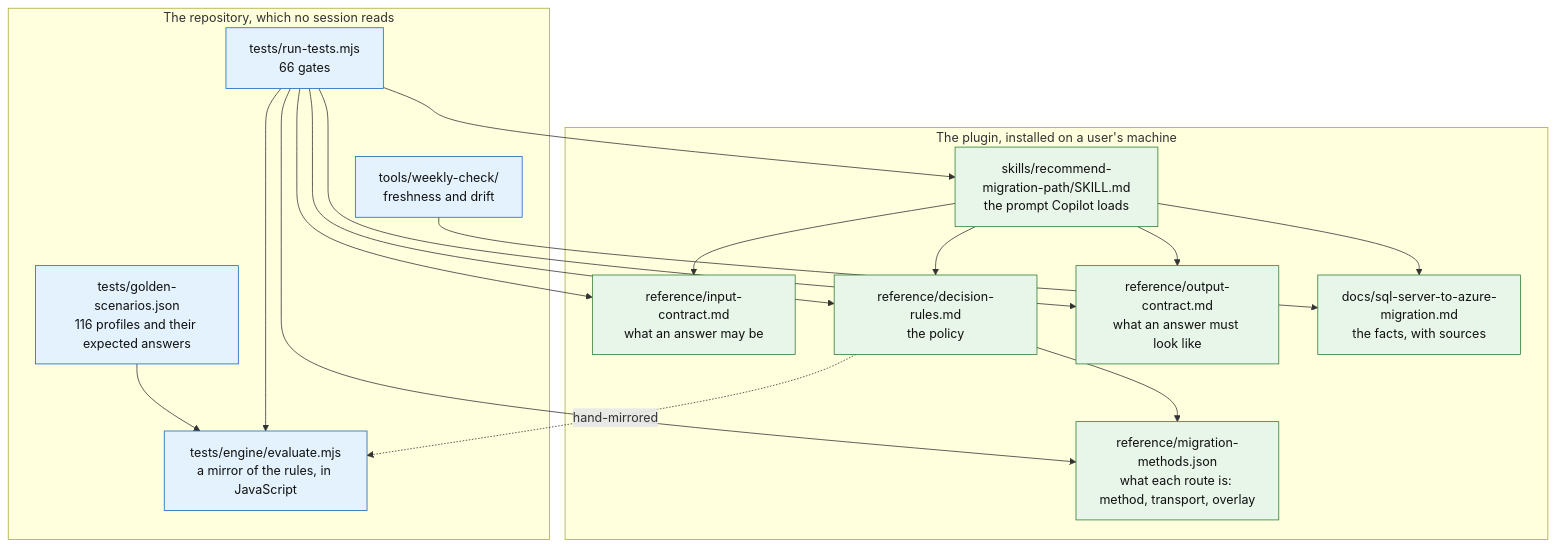
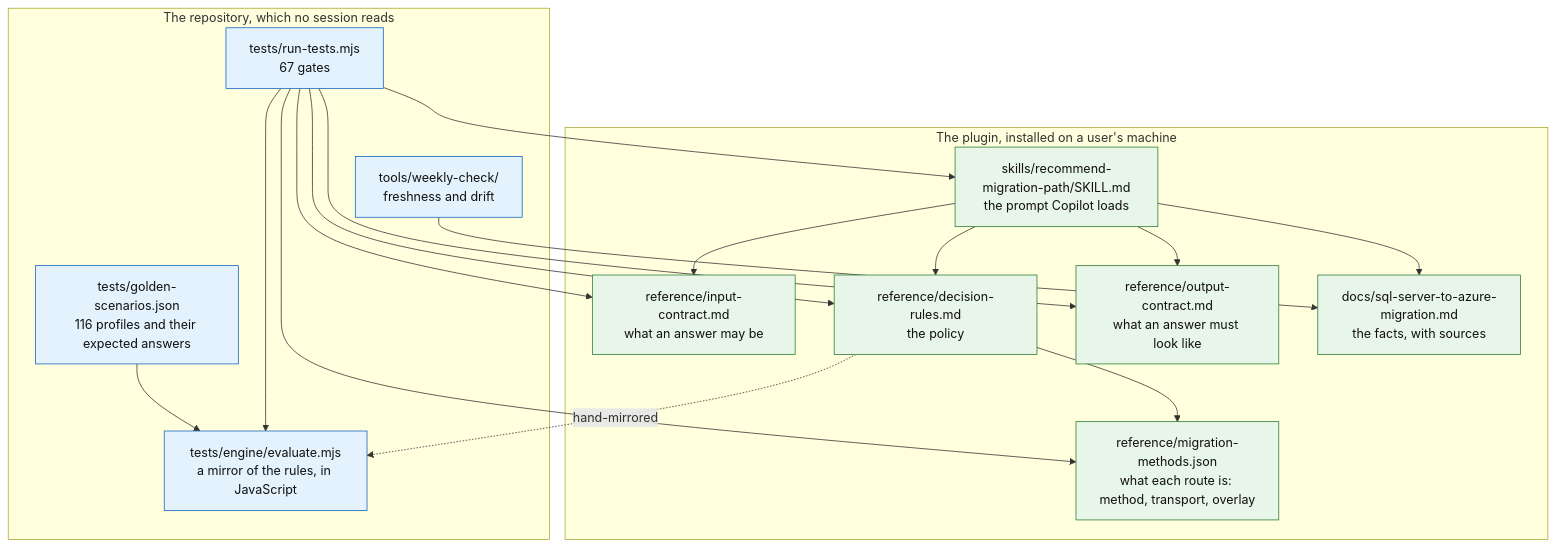
One commit to fredgis/sql-migration-advisor changed the first of 3 diagrams in docs/ARCHITECTURE.md. Above: the diagram before and after it, drawn with Mermaid. The commit also changed other lines of this file and 15 other files, not shown here.

````diff
--- a/docs/ARCHITECTURE.md
+++ b/docs/ARCHITECTURE.md
@@ -28,38 +28,38 @@
 ```mermaid
 flowchart TD
     subgraph plugin["The plugin, installed on a user's machine"]
       SK["skills/recommend-migration-path/SKILL.md<br/>the prompt Copilot loads"]
       IC["reference/input-contract.md<br/>what an answer may be"]
       DR["reference/decision-rules.md<br/>the policy"]
       OC["reference/output-contract.md<br/>what an answer must look like"]
       MM["reference/migration-methods.json<br/>what each route is: method, transport, overlay"]
       KB["docs/sql-server-to-azure-migration.md<br/>the facts, with sources"]
     end
 
     subgraph repo["The repository, which no session reads"]
       EN["tests/engine/evaluate.mjs<br/>a mirror of the rules, in JavaScript"]
       GS["tests/golden-scenarios.json<br/>116 profiles and their expected answers"]
-      GA["tests/run-tests.mjs<br/>66 gates"]
+      GA["tests/run-tests.mjs<br/>67 gates"]
       WK["tools/weekly-check/<br/>freshness and drift"]
     end
 
     SK --> IC
     SK --> DR
     SK --> OC
     SK --> KB
     DR --> MM
     DR -.->|hand-mirrored| EN
     GS --> EN
     GA --> EN
     GA --> SK
     GA --> IC
     GA --> DR
     GA --> OC
     GA --> MM
     WK --> KB
 
     classDef live fill:#e8f5e9,stroke:#2e7d32,color:#111
     classDef test fill:#e3f2fd,stroke:#1565c0,color:#111
     class SK,IC,DR,OC,KB,MM live
     class EN,GS,GA,WK test
 ```
````
